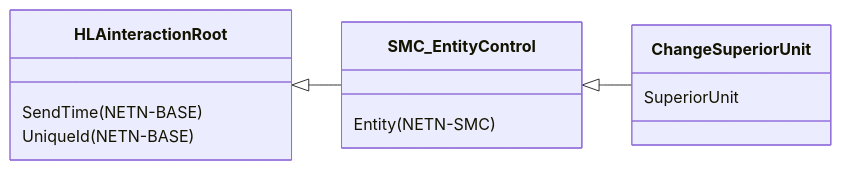
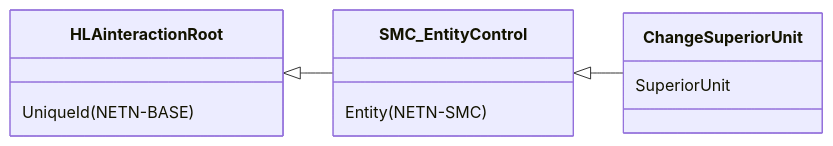
One commit to AMSP-04/NETN-ORG changed the fifth of 5 diagrams in NETN-ORG.md. Above: the diagram before and after it, drawn with Mermaid. The commit also changed other lines of this file and 1 other file, not shown here.

````diff
--- a/NETN-ORG.md
+++ b/NETN-ORG.md
@@ -230,10 +247,9 @@
 ```mermaid
 classDiagram 
 direction LR
 HLAinteractionRoot <|-- SMC_EntityControl
-HLAinteractionRoot : SendTime(NETN-BASE)
 HLAinteractionRoot : UniqueId(NETN-BASE)
 SMC_EntityControl <|-- ChangeSuperiorUnit
 SMC_EntityControl : Entity(NETN-SMC)
 ChangeSuperiorUnit : SuperiorUnit
 ```
````
